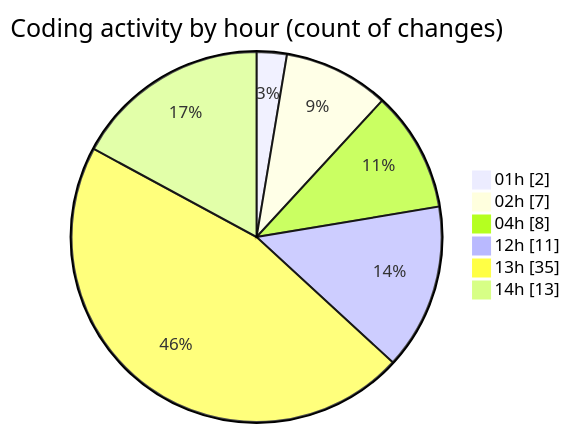
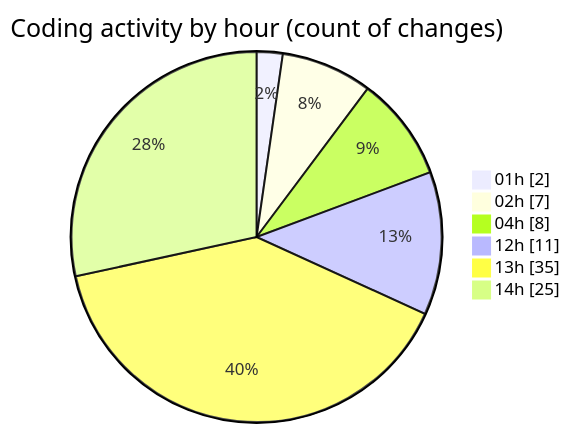
One commit to lephambinh05/code-tracking changed the second of 2 diagrams in 2025-08-11/rentotp/README.md. Above: the diagram before and after it, drawn with Mermaid. The commit also changed other lines of this file and 1 other file, not shown here.

````diff
--- a/2025-08-11/rentotp/README.md
+++ b/2025-08-11/rentotp/README.md
@@ -46,10 +46,10 @@
 ```mermaid
 pie showData
 title Coding activity by hour (count of changes)
 "01h" : 2
 "02h" : 7
 "04h" : 8
 "12h" : 11
 "13h" : 35
-"14h" : 13
+"14h" : 25
 ```
````
